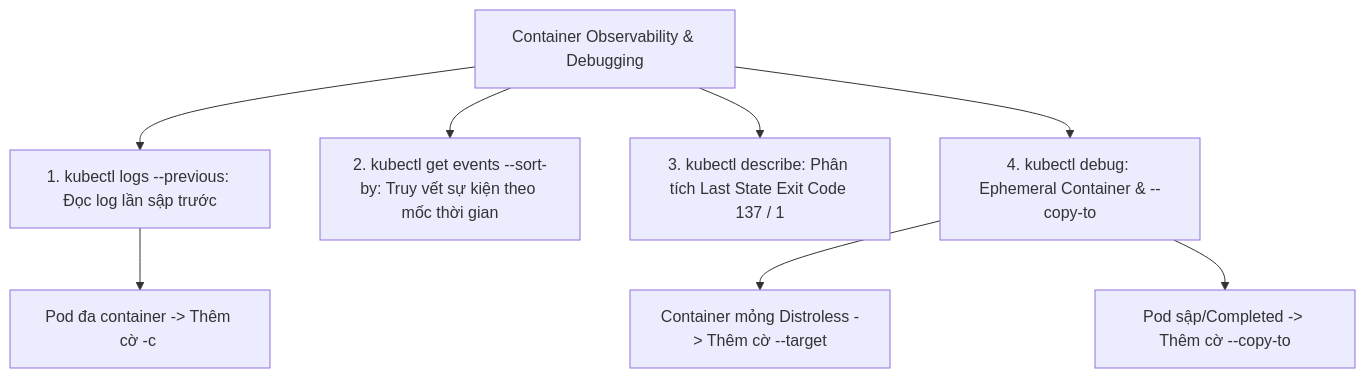
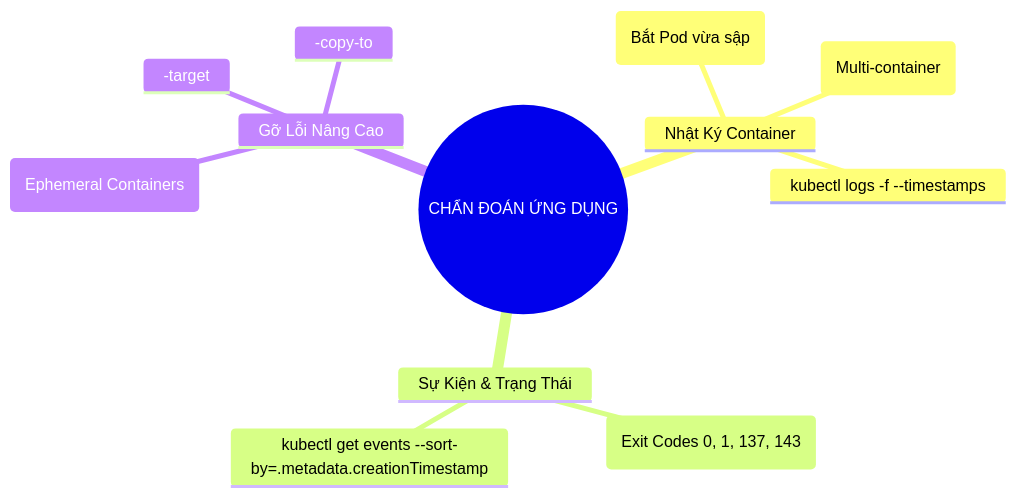
Before and after one commit to kiennt308/ntk: the third of 3 diagrams in _posts/2026-09-12-ckad-08-08-log-su-kien-va-debug-container.md, drawn with Mermaid. The commit also changed other lines of this file and 13 other files, not shown here.

````diff
--- a/_posts/2026-09-12-ckad-08-08-log-su-kien-va-debug-container.md
+++ b/_posts/2026-09-12-ckad-08-08-log-su-kien-va-debug-container.md
@@ -283,11 +399,15 @@
 ```mermaid
-graph TD
-    Debugging[Container Observability & Debugging] --> Logs[1. kubectl logs --previous: Đọc log lần sập trước]
-    Debugging --> Events[2. kubectl get events --sort-by: Truy vết sự kiện theo mốc thời gian]
-    Debugging --> Describe[3. kubectl describe: Phân tích Last State Exit Code 137 / 1]
-    Debugging --> Debug[4. kubectl debug: Ephemeral Container & --copy-to]
-    
-    Logs --> MultiC[Pod đa container -> Thêm cờ -c <name>]
-    Debug --> Target[Container mỏng Distroless -> Thêm cờ --target]
-    Debug --> CopyTo[Pod sập/Completed -> Thêm cờ --copy-to]
+mindmap
+  root((CHẨN ĐOÁN ỨNG DỤNG))
+    Nhật Ký Container
+      kubectl logs --previous (Bắt Pod vừa sập)
+      kubectl logs -c <container> (Multi-container)
+      kubectl logs -f --timestamps
+    Sự Kiện & Trạng Thái
+      kubectl describe pod (Exit Codes 0, 1, 137, 143)
+      kubectl get events --sort-by=.metadata.creationTimestamp
+    Gỡ Lỗi Nâng Cao
+      kubectl debug (Ephemeral Containers)
+      Chia sẻ PID Namespace (--target)
+      Clone & Ghi đè lệnh (--copy-to)
 ```
````
